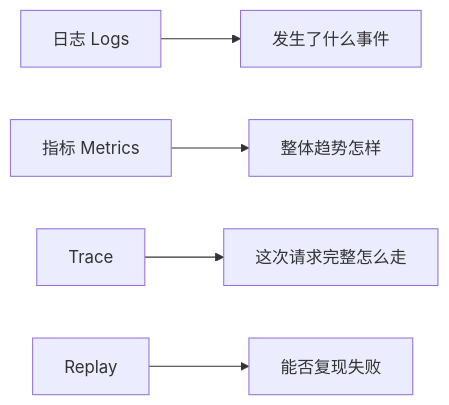
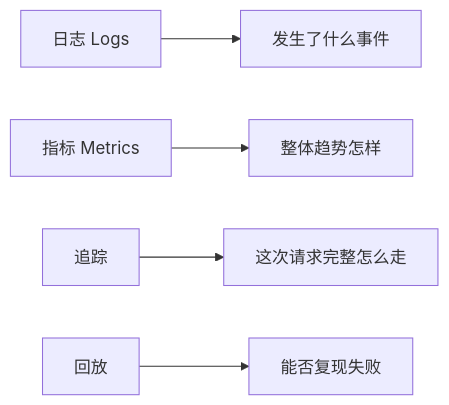
The first of 2 diagrams in i18n/zh-Hans/docusaurus-plugin-content-docs/current/ch09-agent/ch08-eval-safety/05-observability.md (oudbiao/AI-fullstack-course), drawn with Mermaid before and after one commit. The commit also changed other lines of this file and 252 other files, not shown here.

````diff
--- a/i18n/zh-Hans/docusaurus-plugin-content-docs/current/ch09-agent/ch08-eval-safety/05-observability.md
+++ b/i18n/zh-Hans/docusaurus-plugin-content-docs/current/ch09-agent/ch08-eval-safety/05-observability.md
@@ -25,7 +25,7 @@
 ```mermaid
 flowchart LR
   A[日志 Logs] --> B[发生了什么事件]
   C[指标 Metrics] --> D[整体趋势怎样]
-  E[Trace] --> F[这次请求完整怎么走]
-  G[Replay] --> H[能否复现失败]
+  E[追踪] --> F[这次请求完整怎么走]
+  G[回放] --> H[能否复现失败]
 ```
````
